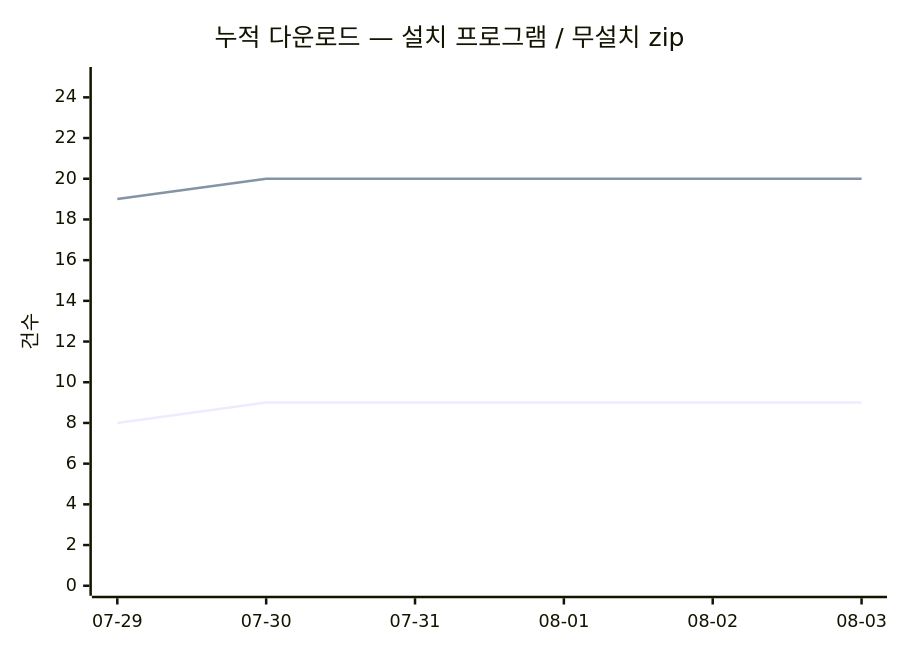
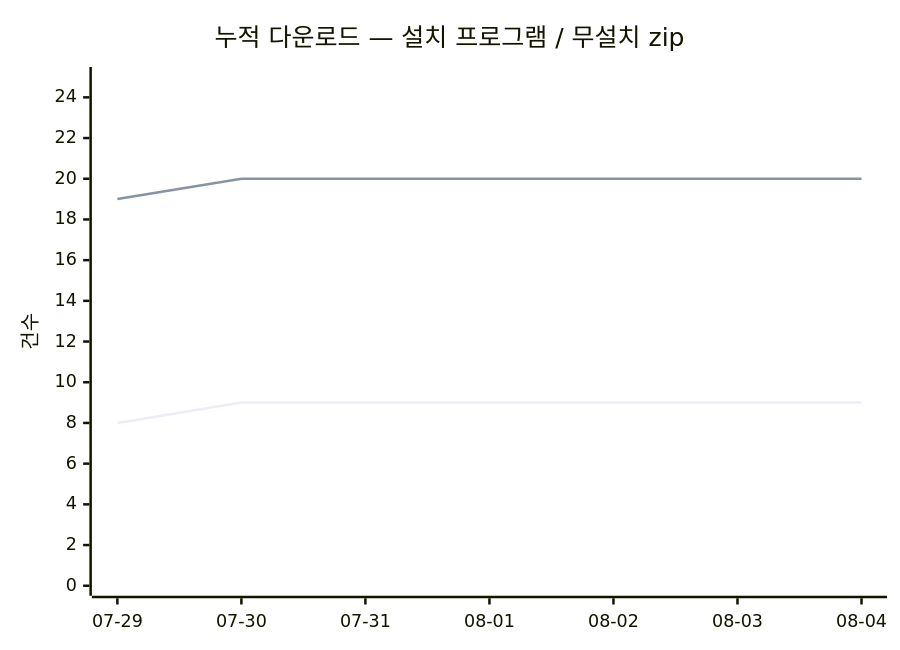
One commit to dodaseo/ibis-releases changed the diagram in README.md. Above: the diagram before and after it, drawn with Mermaid. The commit also changed other lines of this file and 2 other files, not shown here.

Commit message:
chore(stats): 다운로드 스냅숏 2026-08-04

````diff
--- a/README.md
+++ b/README.md
@@ -132,8 +132,8 @@
 ```mermaid
 xychart-beta
     title "누적 다운로드 — 설치 프로그램 / 무설치 zip"
-    x-axis [07-29, 07-30, 07-31, 08-01, 08-02, 08-03]
+    x-axis [07-29, 07-30, 07-31, 08-01, 08-02, 08-03, 08-04]
     y-axis "건수" 0 --> 25
-    line [8, 9, 9, 9, 9, 9]
-    line [19, 20, 20, 20, 20, 20]
+    line [8, 9, 9, 9, 9, 9, 9]
+    line [19, 20, 20, 20, 20, 20, 20]
 ```
````
